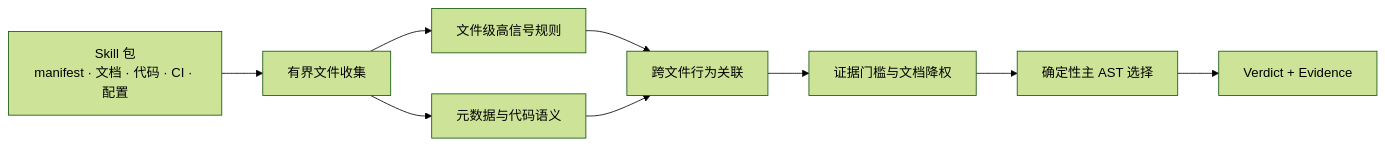
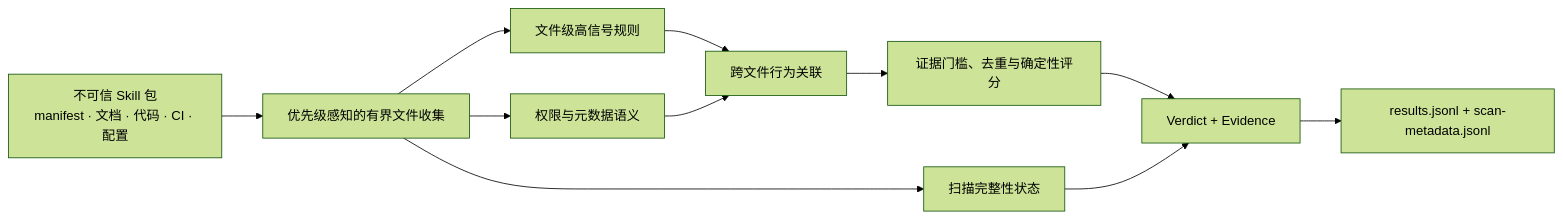
One commit to daffnjk/agent-skill-security-scanner changed the diagram in README.md. Above: the diagram before and after it, drawn with Mermaid (forest theme). The commit also changed other lines of this file, not shown here.

````diff
--- a/README.md
+++ b/README.md
@@ -123,11 +180,13 @@
 ```mermaid
 flowchart LR
-    A["Skill 包<br/>manifest · 文档 · 代码 · CI · 配置"] --> B["有界文件收集"]
+    A["不可信 Skill 包<br/>manifest · 文档 · 代码 · CI · 配置"] --> B["优先级感知的有界文件收集"]
     B --> C["文件级高信号规则"]
-    B --> D["元数据与代码语义"]
+    B --> D["权限与元数据语义"]
     C --> E["跨文件行为关联"]
     D --> E
-    E --> F["证据门槛与文档降权"]
-    F --> G["确定性主 AST 选择"]
-    G --> H["Verdict + Evidence"]
+    E --> F["证据门槛、去重与确定性评分"]
+    B --> G["扫描完整性状态"]
+    F --> H["Verdict + Evidence"]
+    G --> H
+    H --> I["results.jsonl + scan-metadata.jsonl"]
 ```
````
